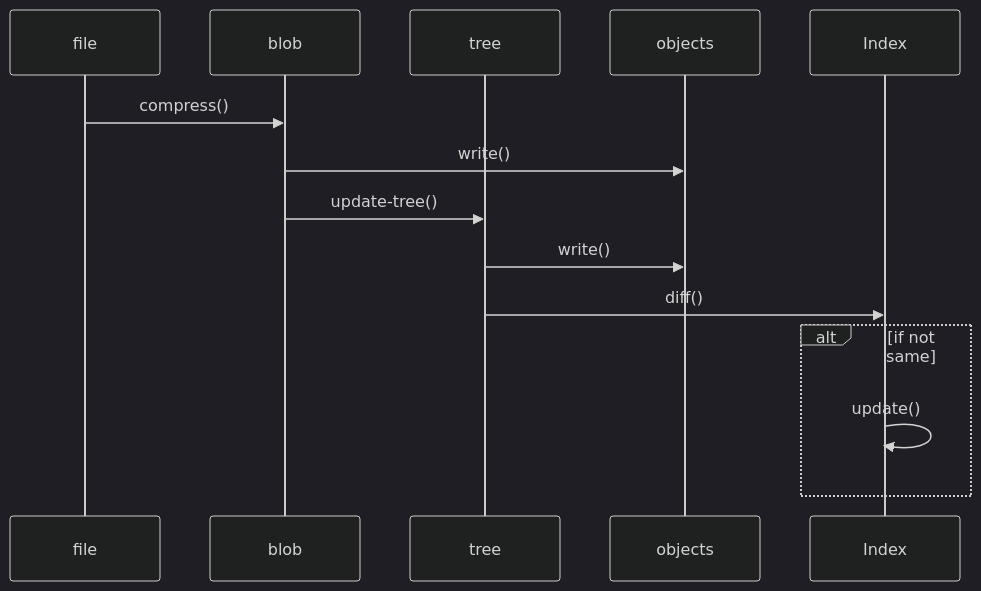
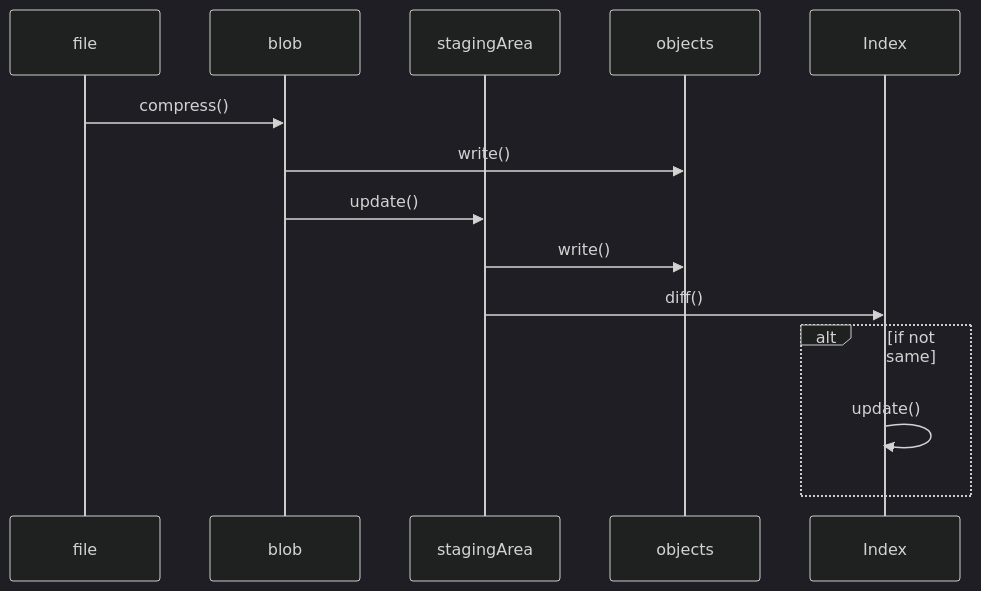
Before and after one commit to NarciSource/Boostcamp-Challenge: the second of 6 diagrams in README.md, drawn with Mermaid (dark theme). The commit also changed 7 other files, not shown here.

Commit message:
refactor: Staging Area

````diff
--- a/README.md
+++ b/README.md
@@ -147,18 +147,18 @@
     ```mermaid
     sequenceDiagram
         participant file
         participant blob
-        participant tree
+        participant stagingArea
         participant objects
         participant Index
 
         file->>blob: compress()
         blob->>objects: write()
-        blob->>tree: update-tree()
-        tree->>objects: write()
+        blob->>stagingArea: update()
+        stagingArea->>objects: write()
 
-        tree->>Index: diff()
+        stagingArea->>Index: diff()
         alt if not same
             Index->>Index: update()
         end
     ```
````
